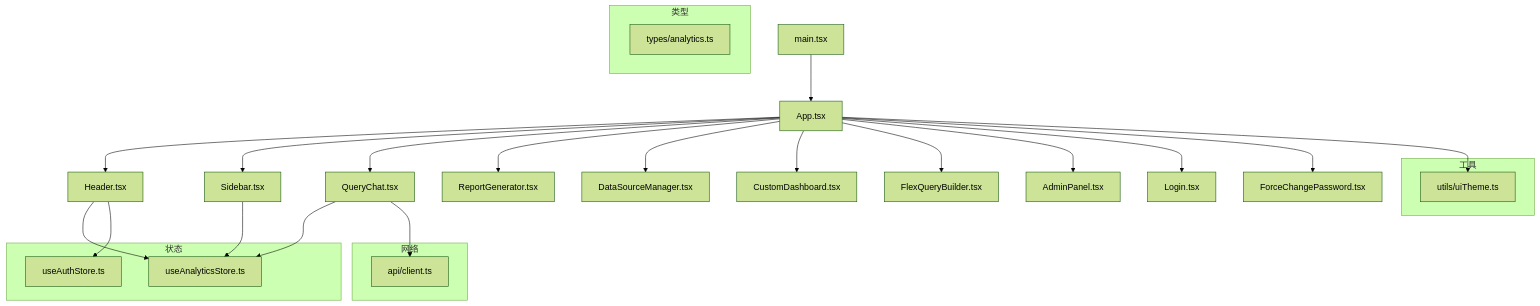
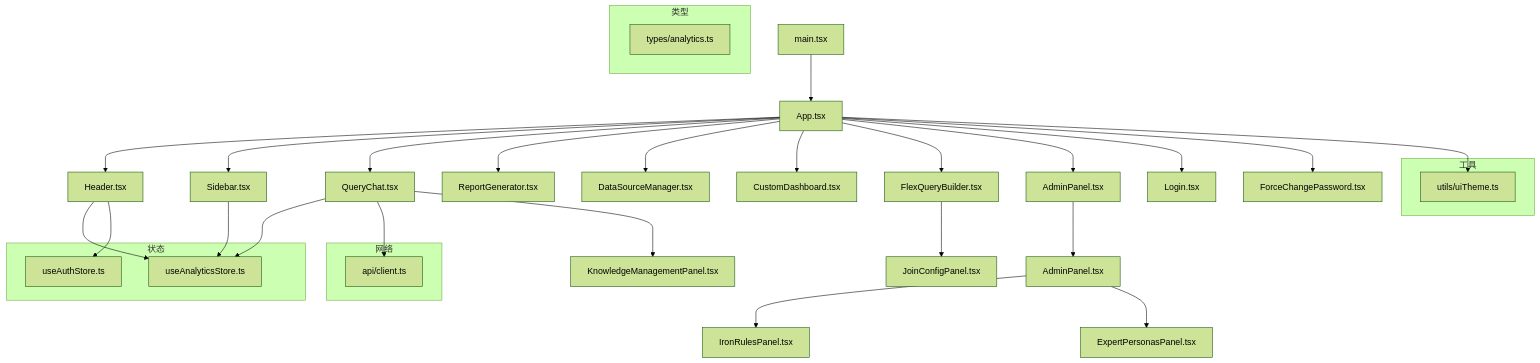
Before and after one commit to dgjin/smart-data-analytics: the first of 9 diagrams in .qoder/repowiki/zh/content/前端应用/前端应用.md, drawn with Mermaid (forest theme). The commit also changed other lines of this file and 100 other files, not shown here.

````diff
--- a/.qoder/repowiki/zh/content/前端应用/前端应用.md
+++ b/.qoder/repowiki/zh/content/前端应用/前端应用.md
@@ -51,33 +66,38 @@
 ```mermaid
 graph TB
 A["main.tsx"] --> B["App.tsx"]
 B --> C["Header.tsx"]
 B --> D["Sidebar.tsx"]
 B --> E["QueryChat.tsx"]
 B --> F["ReportGenerator.tsx"]
 B --> G["DataSourceManager.tsx"]
 B --> H["CustomDashboard.tsx"]
 B --> I["FlexQueryBuilder.tsx"]
 B --> J["AdminPanel.tsx"]
 B --> K["Login.tsx"]
 B --> L["ForceChangePassword.tsx"]
 subgraph "状态"
 M["useAnalyticsStore.ts"]
 N["useAuthStore.ts"]
 end
 subgraph "网络"
 O["api/client.ts"]
 end
 subgraph "类型"
 P["types/analytics.ts"]
 end
 subgraph "工具"
 Q["utils/uiTheme.ts"]
 end
 C --> M
 C --> N
 D --> M
 E --> M
 E --> O
 B --> Q
+J --> R["AdminPanel.tsx"]
+R --> S["IronRulesPanel.tsx"]
+R --> T["ExpertPersonasPanel.tsx"]
+E --> U["KnowledgeManagementPanel.tsx"]
+I --> V["JoinConfigPanel.tsx"]
 ```
````
